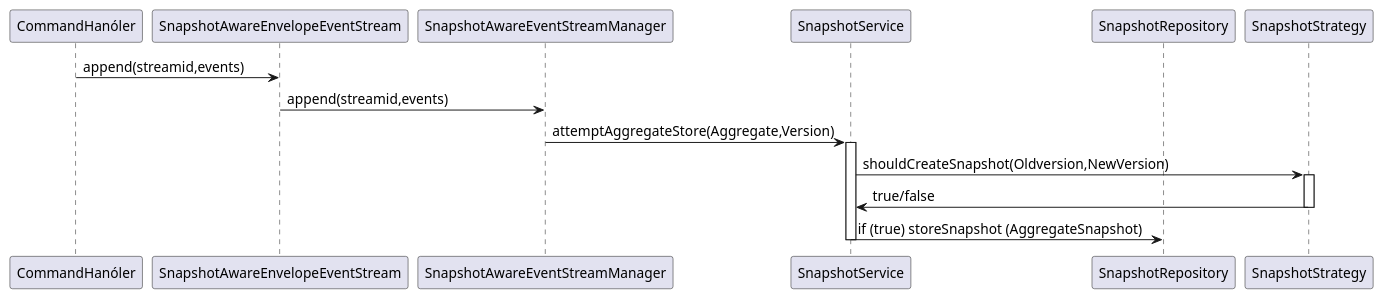
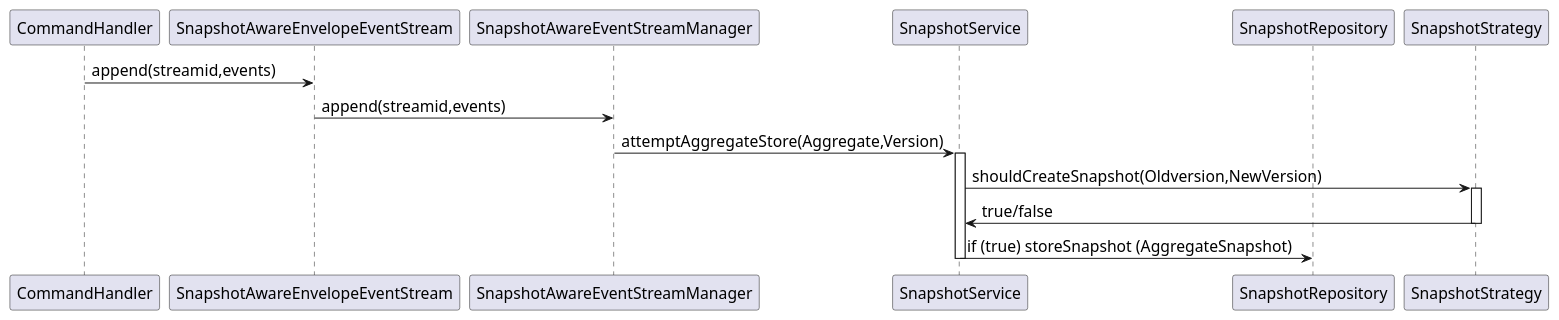
The diagram in aggregate/diagrams/AggregateSnapshotStoreSequence.puml (CJSCommonPlatform/microservice_framework_version_6), drawn with PlantUML before and after one commit. The commit also changed 3 other files, not shown here.

Commit message:
update sequence diagrammes

```diff
--- a/aggregate/diagrams/AggregateSnapshotStoreSequence.puml
+++ b/aggregate/diagrams/AggregateSnapshotStoreSequence.puml
@@ -1,23 +1,23 @@
 @startuml
 skinparam backgroundColor white
 skinparam defaultFontName Arial
-skinparam defaultFontsize 14
+skinparam defaultFontsize 16
 
-participant "CommandHanóler" as CommandHandler
+participant "CommandHandler" as CommandHandler
 participant "SnapshotAwareEnvelopeEventStream" as SnapshotAwareEnvelopeEventStream
 participant "SnapshotAwareEventStreamManager" as SnapshotAwareEventStreamManager
 participant "SnapshotService" as SnapshotService
 participant "SnapshotRepository" as SnapshotRepository
 participant "SnapshotStrategy" as SnapshotStrategy
 
 CommandHandler -> SnapshotAwareEnvelopeEventStream: append(streamid,events)
 SnapshotAwareEnvelopeEventStream -> SnapshotAwareEventStreamManager: append(streamid,events)
 SnapshotAwareEventStreamManager -> SnapshotService: attemptAggregateStore(Aggregate,Version)
 activate SnapshotService
 SnapshotService -> SnapshotStrategy: shouldCreateSnapshot(Oldversion,NewVersion)
 activate SnapshotStrategy
 SnapshotService <- SnapshotStrategy: true/false
 deactivate SnapshotStrategy
 SnapshotService ->  SnapshotRepository: if (true) storeSnapshot (AggregateSnapshot)
 deactivate SnapshotService
 @enduml
```
